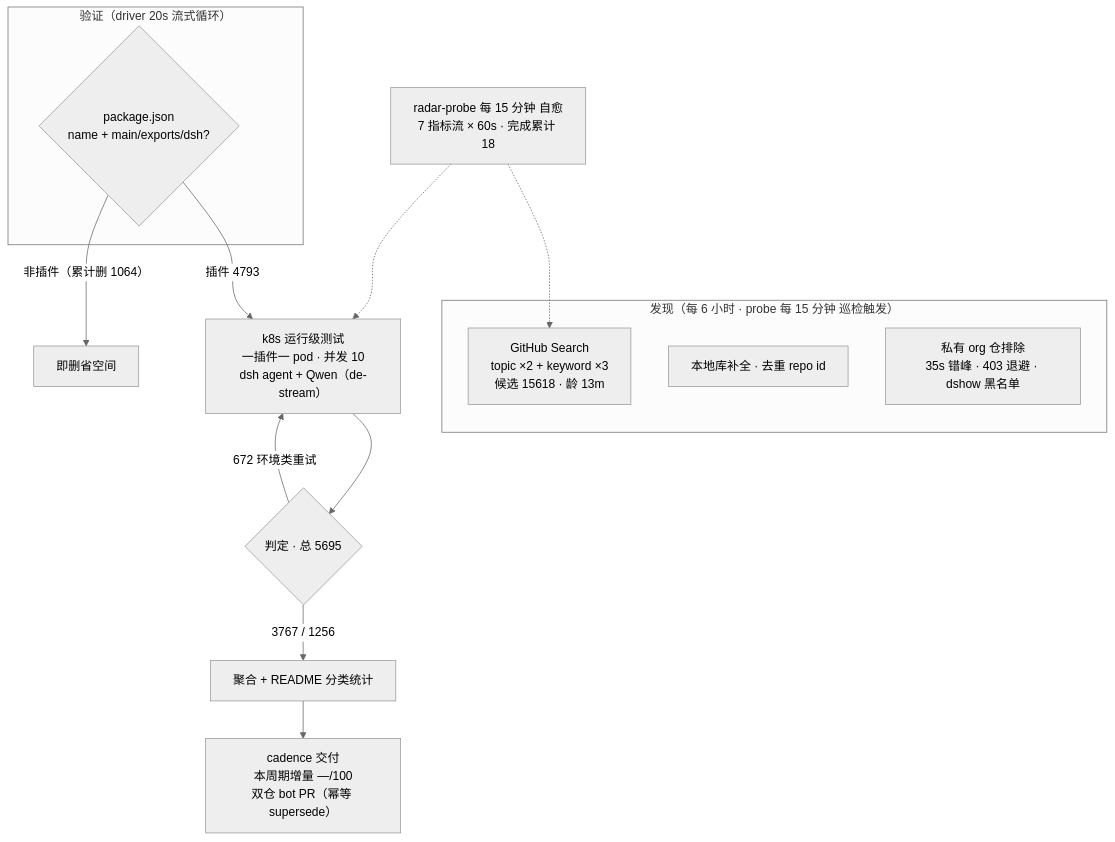
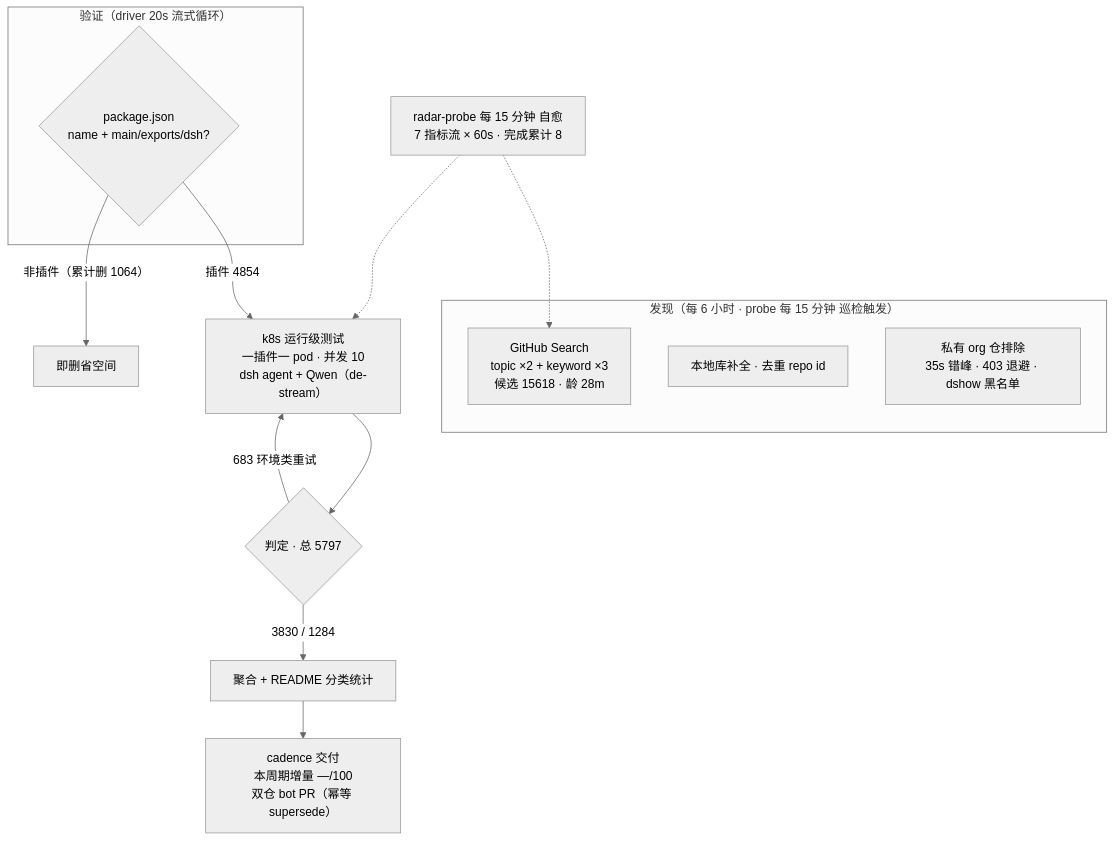
Before and after one commit to Zhidao-Lab-OSS/awesome-dsh-plugins: the diagram in README.md, drawn with Mermaid (neutral theme). The commit also changed other lines of this file and 1 other file, not shown here.

````diff
--- a/README.md
+++ b/README.md
@@ -37,20 +37,20 @@
 ```mermaid
 flowchart TB
     subgraph Discovery["发现（每 6 小时 · probe 每 15 分钟 巡检触发）"]
-        A1["GitHub Search<br/>topic ×2 + keyword ×3<br/>候选 15618 · 龄 13m"]
+        A1["GitHub Search<br/>topic ×2 + keyword ×3<br/>候选 15618 · 龄 28m"]
         A2["本地库补全 · 去重 repo id"]
         A3["私有 org 仓排除<br/>35s 错峰 · 403 退避 · dshow 黑名单"]
     end
     subgraph Validation["验证（driver 20s 流式循环）"]
         B1{"package.json<br/>name + main/exports/dsh?"}
     end
-    B1 -->|"插件 4793"| C1["k8s 运行级测试<br/>一插件一 pod · 并发 10<br/>dsh agent + Qwen（de-stream）"]
+    B1 -->|"插件 4854"| C1["k8s 运行级测试<br/>一插件一 pod · 并发 10<br/>dsh agent + Qwen（de-stream）"]
     B1 -->|"非插件（累计删 1064）"| B3["即删省空间"]
-    C1 --> D1{"判定 · 总 5695"}
-    D1 -->|"3767 / 1256"| E1["聚合 + README 分类统计"]
-    D1 -->|"672 环境类重试"| C1
+    C1 --> D1{"判定 · 总 5797"}
+    D1 -->|"3830 / 1284"| E1["聚合 + README 分类统计"]
+    D1 -->|"683 环境类重试"| C1
     E1 --> E2["cadence 交付<br/>本周期增量 —/100<br/>双仓 bot PR（幂等 supersede）"]
-    M["radar-probe 每 15 分钟 自愈<br/>7 指标流 × 60s · 完成累计 18"]
+    M["radar-probe 每 15 分钟 自愈<br/>7 指标流 × 60s · 完成累计 8"]
     M -.-> A1
     M -.-> C1
 ```
````
